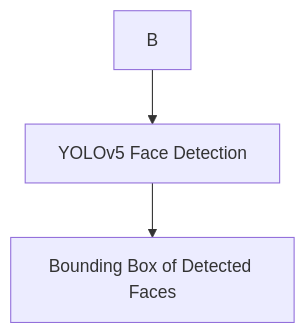
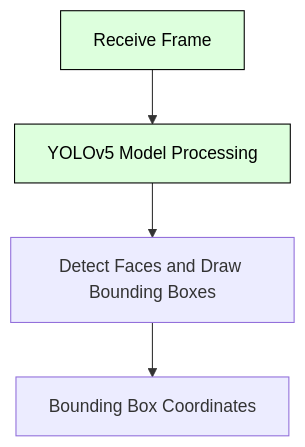
Before and after one commit to Tharun-selladurai/face_liveliness_web_platform: the second of 6 diagrams in README.md, drawn with Mermaid. The commit also changed other lines of this file, not shown here.

````diff
--- a/README.md
+++ b/README.md
@@ -74,5 +84,10 @@
-   ```mermaid
-   graph TD;
-       B --> C[YOLOv5 Face Detection];
-       C --> D[Bounding Box of Detected Faces];
-   ```
+```mermaid
+%%{init: {'theme': 'default', 'themeVariables': {'edgeLabelBackground':'#ffffff', 'tertiaryColor':'#ffffff'}}}%%
+graph TD;
+    A[Receive Frame] --> B[YOLOv5 Model Processing]
+    B --> C[Detect Faces and Draw Bounding Boxes]
+    C --> D[Bounding Box Coordinates]
+    
+    classDef detect fill:#ddffdd,stroke:#000000,color:#000000;
+    class A,B detect;
+```
````
